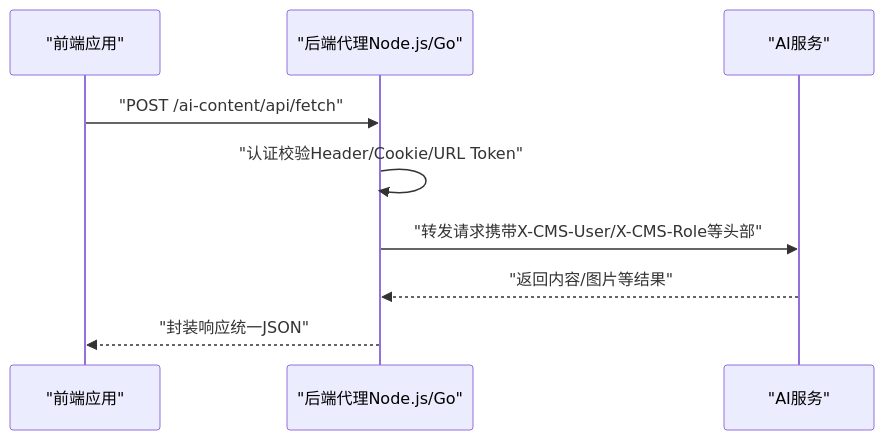
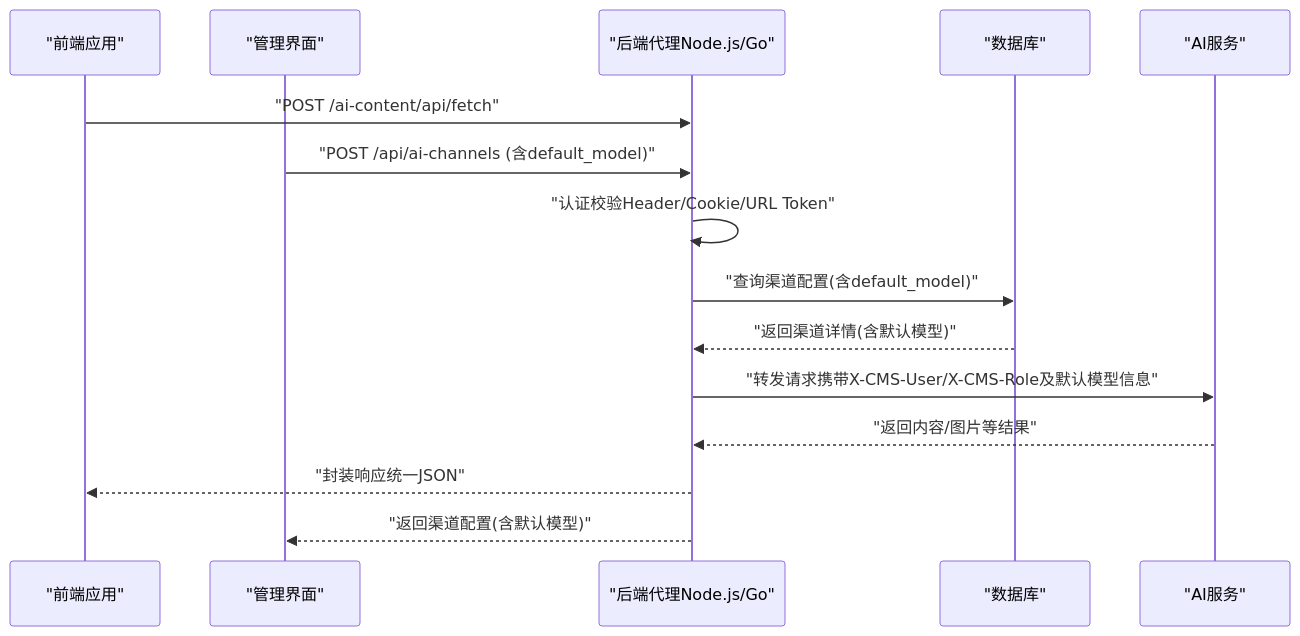
The second of 8 diagrams in .qoder/repowiki/zh/content/后端服务架构/API接口文档/AI渠道配置接口.md (hx631580609-web/zsts-cms), drawn with Mermaid before and after one commit. The commit also changed other lines of this file and 5 other files, not shown here.

````diff
--- a/.qoder/repowiki/zh/content/后端服务架构/API接口文档/AI渠道配置接口.md
+++ b/.qoder/repowiki/zh/content/后端服务架构/API接口文档/AI渠道配置接口.md
@@ -133,11 +152,17 @@
 ```mermaid
 sequenceDiagram
 participant FE as "前端应用"
+participant ADMIN as "管理界面"
 participant BE as "后端代理Node.js/Go"
+participant DB as "数据库"
 participant AI as "AI服务"
 FE->>BE : "POST /ai-content/api/fetch"
+ADMIN->>BE : "POST /api/ai-channels (含default_model)"
 BE->>BE : "认证校验Header/Cookie/URL Token"
-BE->>AI : "转发请求携带X-CMS-User/X-CMS-Role等头部"
+BE->>DB : "查询渠道配置(含default_model)"
+DB-->>BE : "返回渠道详情(含默认模型)"
+BE->>AI : "转发请求携带X-CMS-User/X-CMS-Role及默认模型信息"
 AI-->>BE : "返回内容/图片等结果"
 BE-->>FE : "封装响应统一JSON"
+BE-->>ADMIN : "返回渠道配置(含默认模型)"
 ```
````
